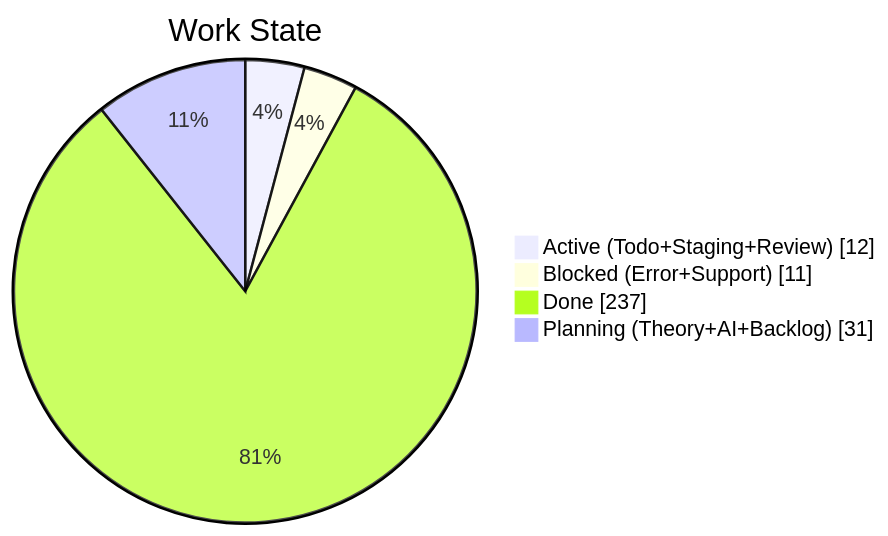
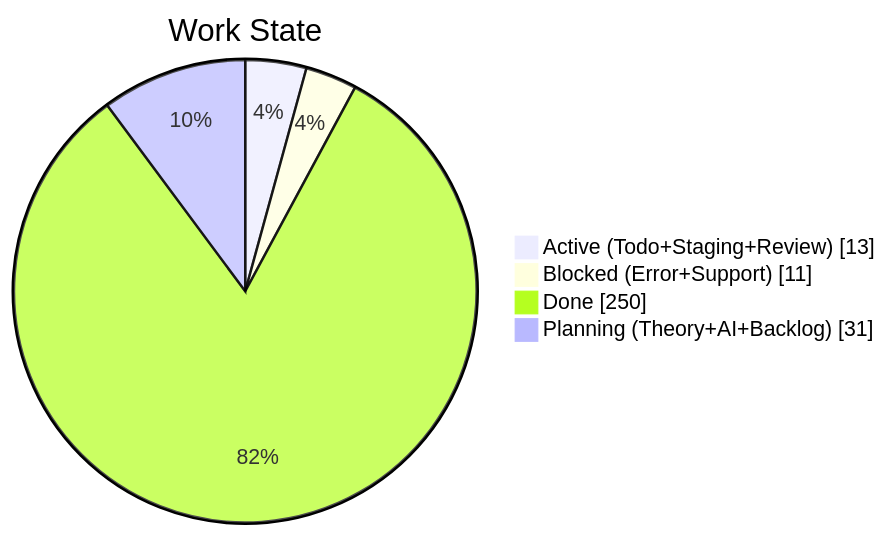
The second of 4 diagrams in apps/kbve/astro-kbve/src/content/docs/dashboard/kanban-data.mdx (KBVE/kbve), drawn with Mermaid before and after one commit. The commit also changed other lines of this file and 8 other files, not shown here.

````diff
--- a/apps/kbve/astro-kbve/src/content/docs/dashboard/kanban-data.mdx
+++ b/apps/kbve/astro-kbve/src/content/docs/dashboard/kanban-data.mdx
@@ -67,8 +67,8 @@
 ```mermaid
 pie showData
     title Work State
-    "Active (Todo+Staging+Review)" : 12
+    "Active (Todo+Staging+Review)" : 13
     "Blocked (Error+Support)" : 11
-    "Done" : 237
+    "Done" : 250
     "Planning (Theory+AI+Backlog)" : 31
 ```
````
